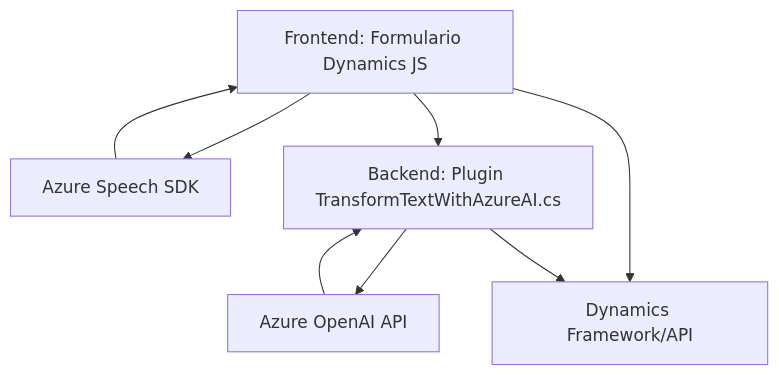
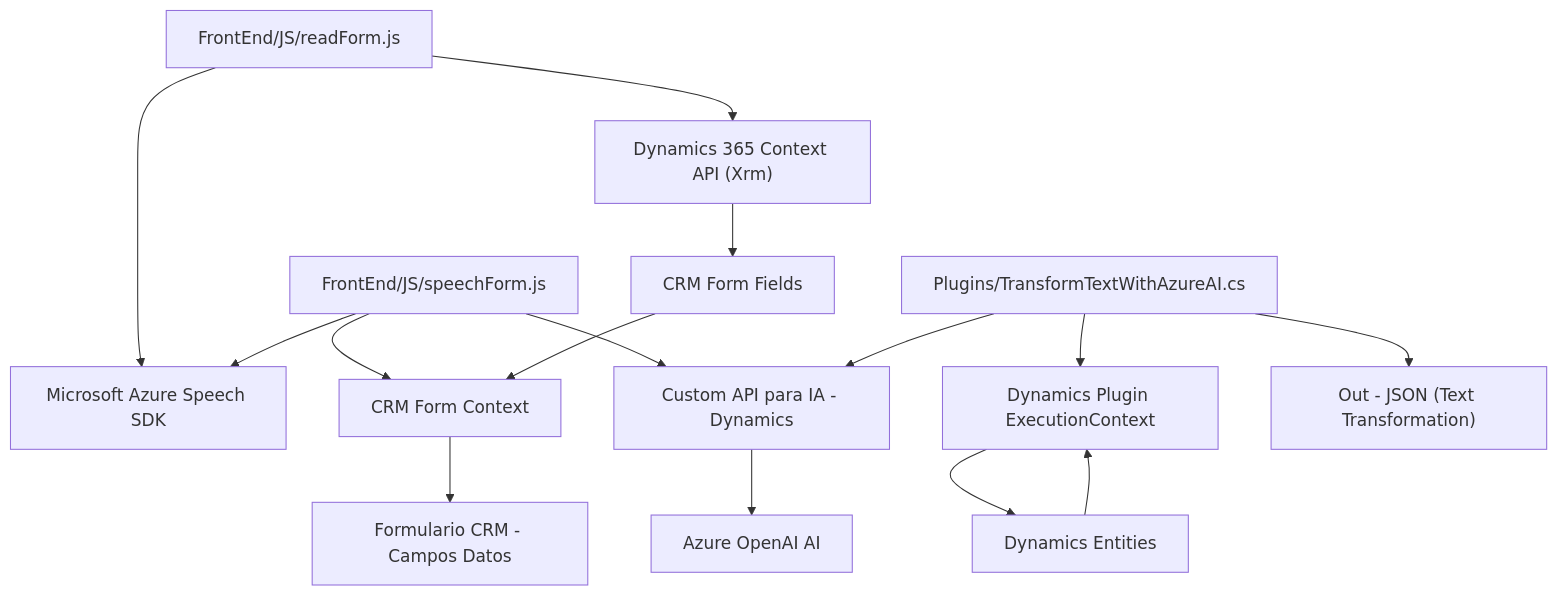
Before and after one commit to blopezdm/NETCORE_BILBAO2025: the diagram in README.md, drawn with Mermaid. The commit also changed other lines of this file, not shown here.

````diff
--- a/README.md
+++ b/README.md
@@ -50,14 +47,20 @@
 ```mermaid
 graph TD
-  A["Frontend: Formulario Dynamics JS"]
-  B["Azure Speech SDK"]
-  C["Azure OpenAI API"]
-  D["Backend: Plugin TransformTextWithAzureAI.cs"]
-  E["Dynamics Framework/API"]
-  
-  A --> B --> A
-  A --> D
-  D --> C --> D
-  A --> E
-  D --> E
+    A["FrontEnd/JS/readForm.js"] --> B["Microsoft Azure Speech SDK"]
+    A --> C["Dynamics 365 Context API (Xrm)"]
+    C --> D["CRM Form Fields"]
+
+    E["FrontEnd/JS/speechForm.js"] --> B
+    E --> F["Custom API para IA - Dynamics"]
+    E --> G["CRM Form Context"]
+    G --> H["Formulario CRM - Campos Datos"]
+
+    I["Plugins/TransformTextWithAzureAI.cs"] --> F
+    F --> J["Azure OpenAI AI"]
+    I --> K["Dynamics Plugin ExecutionContext"]
+    I --> L["Out - JSON (Text Transformation)"]
+    K --> M["Dynamics Entities"]
+
+    D --> G
+    M --> K
 ```
````
